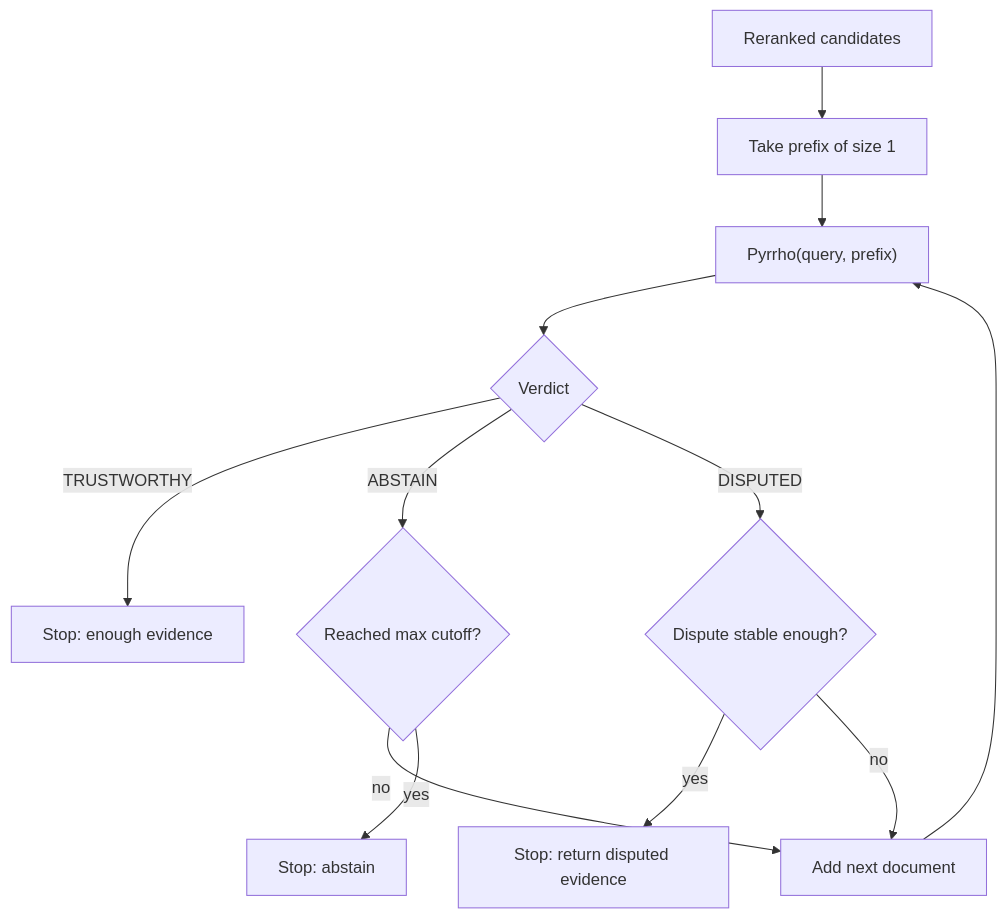
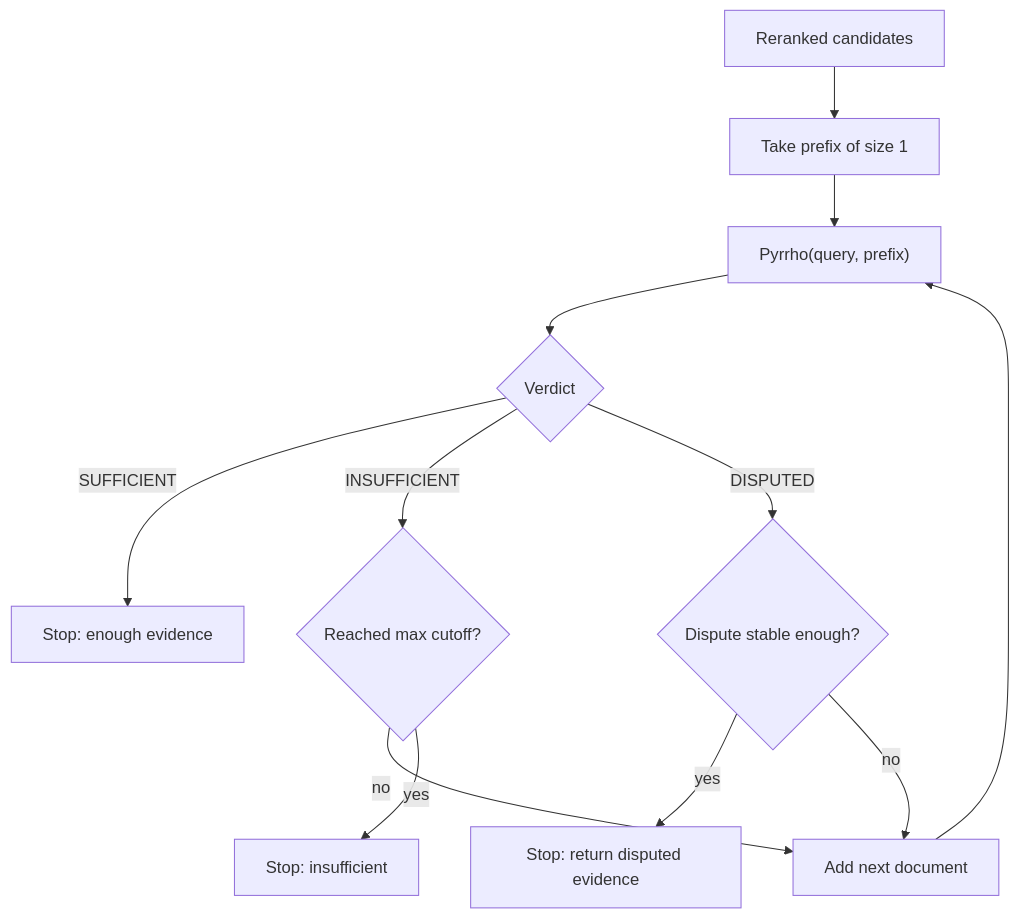
Before and after one commit to yafitzdev/fitz: the third of 4 diagrams in docs/RETRIEVAL_PIPELINE.md, drawn with Mermaid. The commit also changed other lines of this file and 23 other files, not shown here.

````diff
--- a/docs/RETRIEVAL_PIPELINE.md
+++ b/docs/RETRIEVAL_PIPELINE.md
@@ -130,14 +129,14 @@
 ```mermaid
 flowchart TD
     A["Reranked candidates"] --> B["Take prefix of size 1"]
     B --> C["Pyrrho(query, prefix)"]
     C --> D{"Verdict"}
-    D -->|"TRUSTWORTHY"| T["Stop: enough evidence"]
-    D -->|"ABSTAIN"| E{"Reached max cutoff?"}
+    D -->|"SUFFICIENT"| T["Stop: enough evidence"]
+    D -->|"INSUFFICIENT"| E{"Reached max cutoff?"}
     D -->|"DISPUTED"| F{"Dispute stable enough?"}
     F -->|"yes"| U["Stop: return disputed evidence"]
     F -->|"no"| N["Add next document"]
     E -->|"no"| N
-    E -->|"yes"| A0["Stop: abstain"]
+    E -->|"yes"| A0["Stop: insufficient"]
     N --> C
 ```
````
